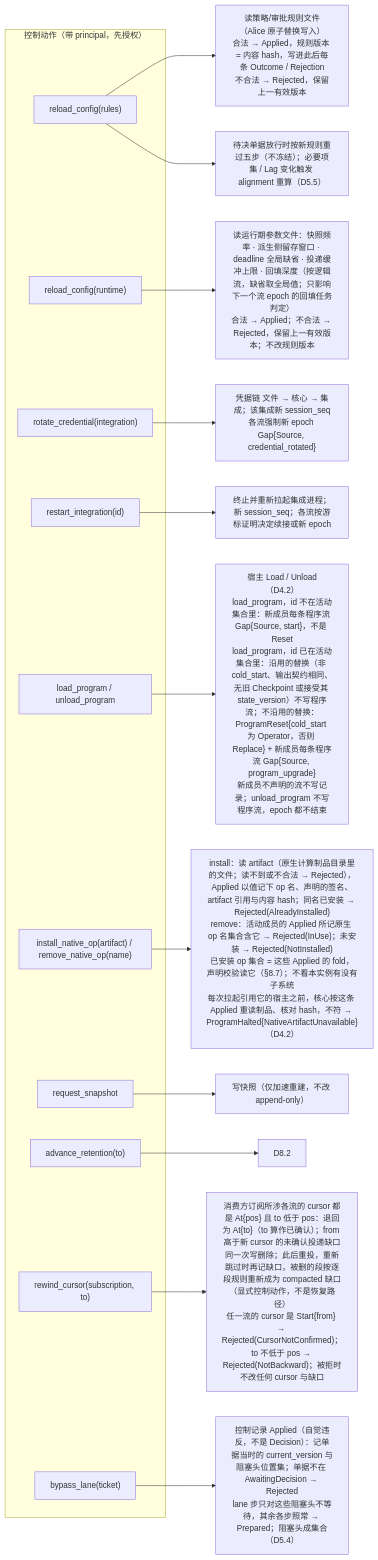
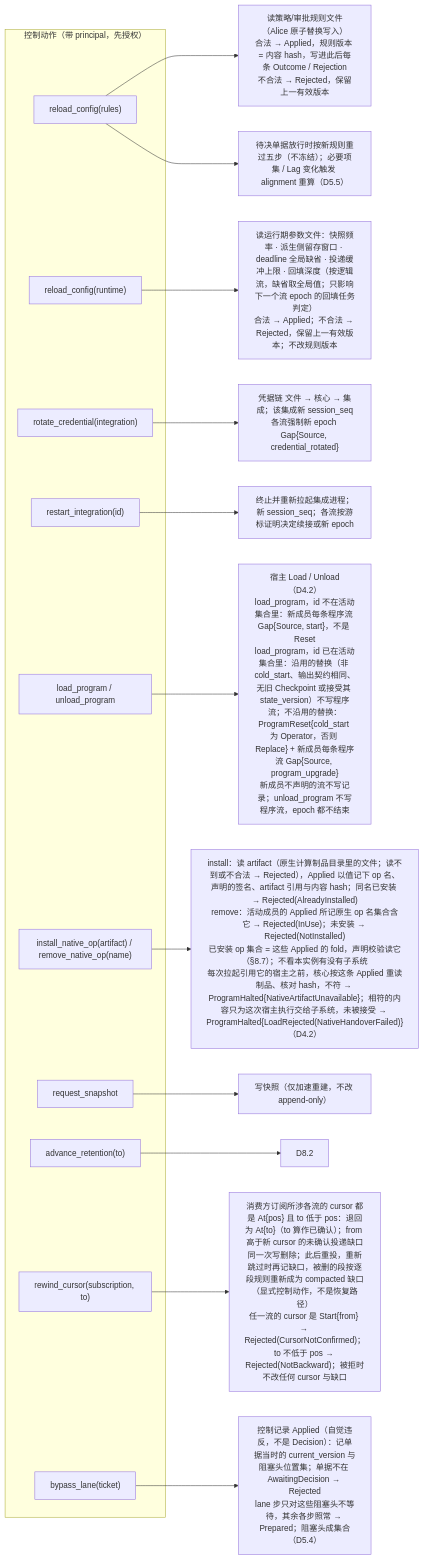
Before and after one commit to mouriya-s-lab/uta: the fourth of 5 diagrams in design/diagrams/09-alice-session.md, drawn with Mermaid. The commit also changed 14 other files, not shown here.

Commit message:
design: native handover scoped to one host execution by (name, hash) and fails closed with NativeHandoverFailed; through events only at computable positions relative to folded_below; retention invariant restated for checkpoint references registered below the boundary

````diff
--- a/design/diagrams/09-alice-session.md
+++ b/design/diagrams/09-alice-session.md
@@ -127,26 +127,26 @@
 ```mermaid
 flowchart LR
   subgraph ACT["控制动作（带 principal，先授权）"]
     A1["reload_config(rules)"]
     A1r["reload_config(runtime)"]
     A2["rotate_credential(integration)"]
     A3["restart_integration(id)"]
     A4["load_program / unload_program"]
     A4n["install_native_op(artifact) / remove_native_op(name)"]
     A5["request_snapshot"]
     A6["advance_retention(to)"]
     A7["rewind_cursor(subscription, to)"]
     A8["bypass_lane(ticket)"]
   end
   A1 --> F1["读策略/审批规则文件（Alice 原子替换写入）<br/>合法 → Applied，规则版本 = 内容 hash，写进此后每条 Outcome / Rejection<br/>不合法 → Rejected，保留上一有效版本"]
   A1 --> F1b["待决单据放行时按新规则重过五步（不冻结）；必要项集 / Lag 变化触发 alignment 重算（D5.5）"]
   A1r --> F1c["读运行期参数文件：快照频率 · 派生侧留存窗口 · deadline 全局缺省 · 投递缓冲上限 · 回填深度（按逻辑流，缺省取全局值；只影响下一个流 epoch 的回填任务判定）<br/>合法 → Applied；不合法 → Rejected，保留上一有效版本；不改规则版本"]
   A2 --> F2["凭据链 文件 → 核心 → 集成；该集成新 session_seq<br/>各流强制新 epoch Gap{Source, credential_rotated}"]
   A3 --> F3["终止并重新拉起集成进程；新 session_seq；各流按游标证明决定续接或新 epoch"]
   A4 --> F4["宿主 Load / Unload（D4.2）<br/>load_program，id 不在活动集合里：新成员每条程序流 Gap{Source, start}，不是 Reset<br/>load_program，id 已在活动集合里：沿用的替换（非 cold_start、输出契约相同、无旧 Checkpoint 或接受其 state_version）不写程序流；不沿用的替换：ProgramReset{cold_start 为 Operator，否则 Replace} + 新成员每条程序流 Gap{Source, program_upgrade}<br/>新成员不声明的流不写记录；unload_program 不写程序流，epoch 都不结束"]
-  A4n --> F4n["install：读 artifact（原生计算制品目录里的文件；读不到或不合法 → Rejected），Applied 以值记下 op 名、声明的签名、artifact 引用与内容 hash；同名已安装 → Rejected(AlreadyInstalled)<br/>remove：活动成员的 Applied 所记原生 op 名集合含它 → Rejected(InUse)；未安装 → Rejected(NotInstalled)<br/>已安装 op 集合 = 这些 Applied 的 fold，声明校验读它（§8.7）；不看本实例有没有子系统<br/>每次拉起引用它的宿主之前，核心按这条 Applied 重读制品、核对 hash，不符 → ProgramHalted{NativeArtifactUnavailable}（D4.2）"]
+  A4n --> F4n["install：读 artifact（原生计算制品目录里的文件；读不到或不合法 → Rejected），Applied 以值记下 op 名、声明的签名、artifact 引用与内容 hash；同名已安装 → Rejected(AlreadyInstalled)<br/>remove：活动成员的 Applied 所记原生 op 名集合含它 → Rejected(InUse)；未安装 → Rejected(NotInstalled)<br/>已安装 op 集合 = 这些 Applied 的 fold，声明校验读它（§8.7）；不看本实例有没有子系统<br/>每次拉起引用它的宿主之前，核心按这条 Applied 重读制品、核对 hash，不符 → ProgramHalted{NativeArtifactUnavailable}；相符的内容只为这次宿主执行交给子系统，未被接受 → ProgramHalted{LoadRejected(NativeHandoverFailed)}（D4.2）"]
   A5 --> F5["写快照（仅加速重建，不改 append-only）"]
   A6 --> F6["D8.2"]
   A7 --> F7["消费方订阅所涉各流的 cursor 都是 At{pos} 且 to 低于 pos：退回为 At{to}（to 算作已确认）；from 高于新 cursor 的未确认投递缺口同一次写删除；此后重投，重新跳过时再记缺口，被删的段按逐段规则重新成为 compacted 缺口（显式控制动作，不是恢复路径）<br/>任一流的 cursor 是 Start{from} → Rejected(CursorNotConfirmed)；to 不低于 pos → Rejected(NotBackward)；被拒时不改任何 cursor 与缺口"]
   A8 --> F8["控制记录 Applied（自觉违反，不是 Decision）：记单据当时的 current_version 与阻塞头位置集；单据不在 AwaitingDecision → Rejected<br/>lane 步只对这些阻塞头不等待，其余各步照常 → Prepared；阻塞头成集合（D5.4）"]
 ```
````
